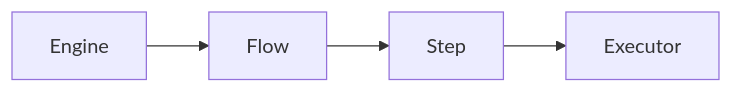
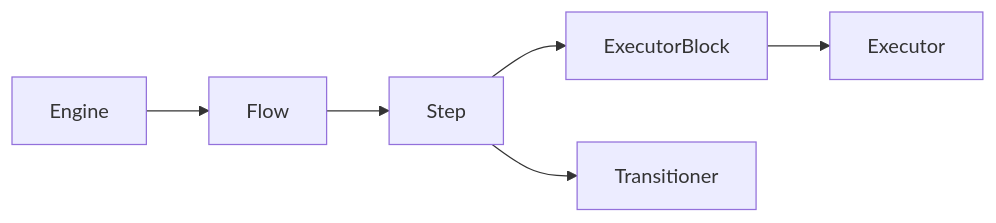
The second of 3 diagrams in Docs/FirstDoc.md (codekrolik2/Werk2), drawn with Mermaid before and after one commit. The commit also changed other lines of this file and 2 other files, not shown here.

Commit message:
Docs updated, configuration schema introduced

````diff
--- a/Docs/FirstDoc.md
+++ b/Docs/FirstDoc.md
@@ -40,6 +41,7 @@
 ```mermaid
 graph LR
     Engine --> Flow
     Flow --> Step
-    Step --> Executor
+    Step --> ExecutorBlock --> Executor
+    Step --> Transitioner
 ```
````
